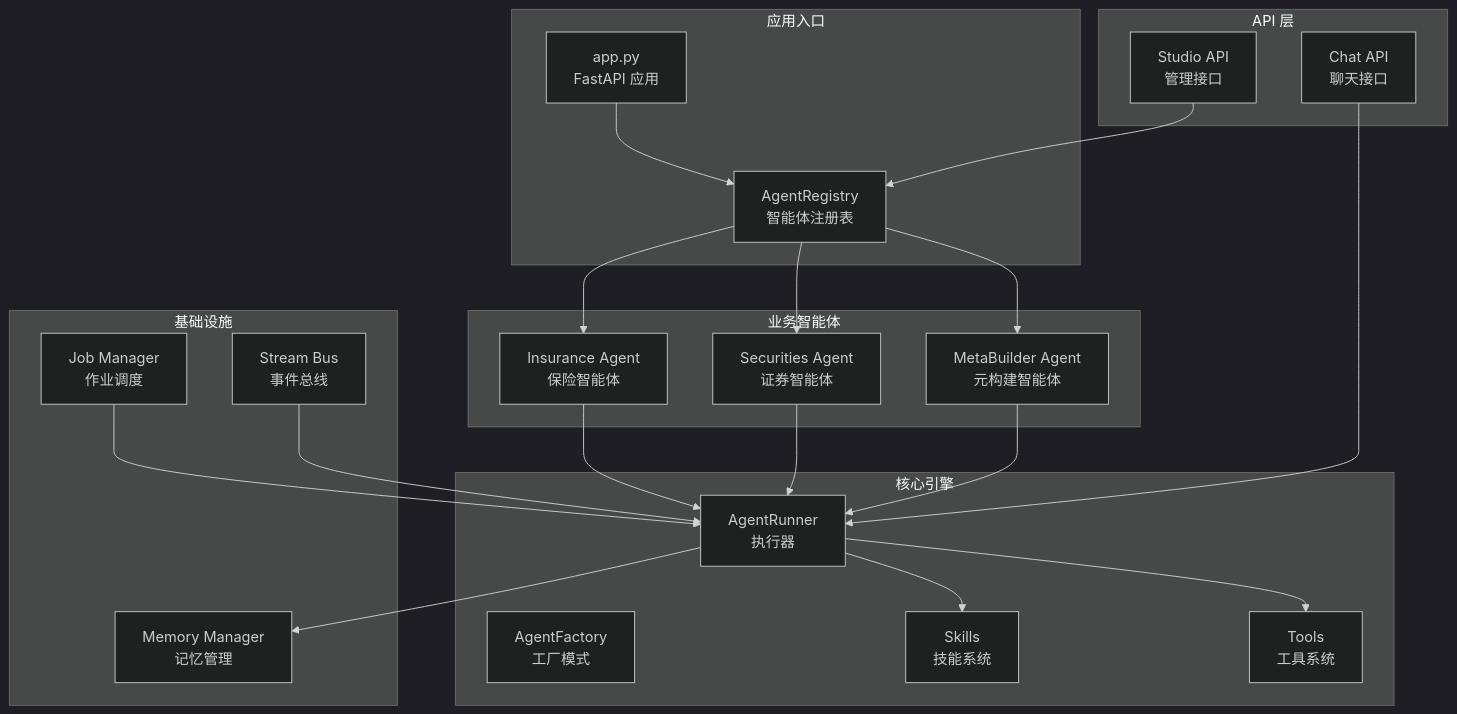
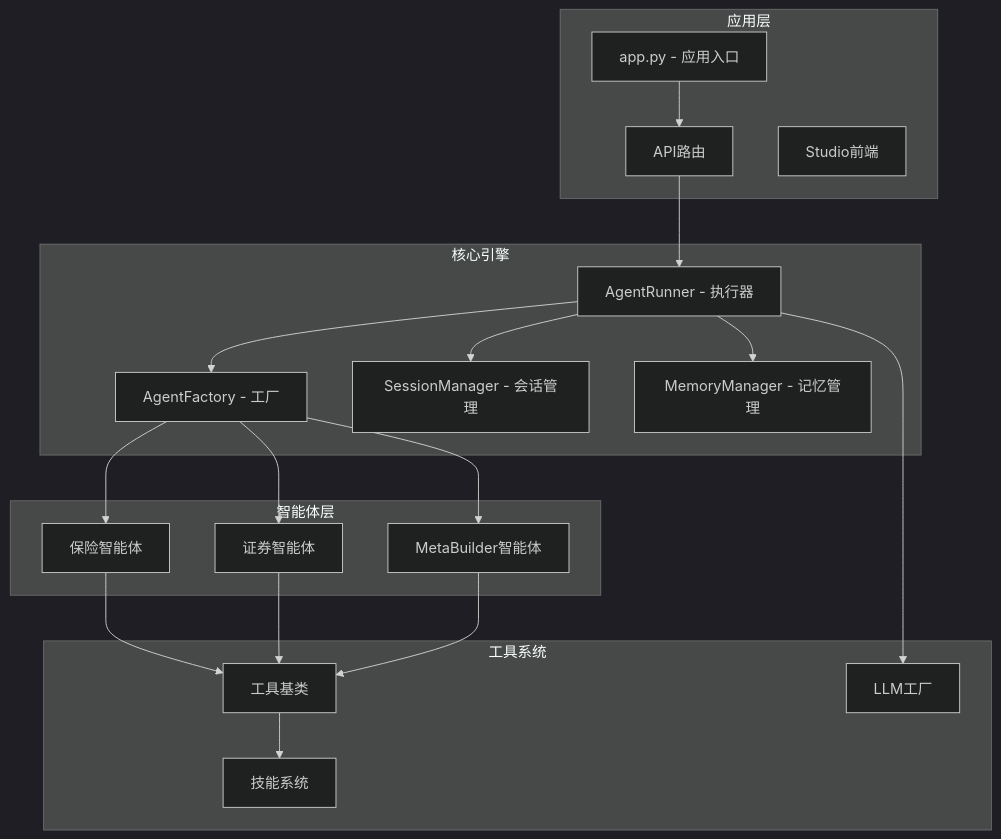
One commit to YU-JI-KUI/ark-agentic changed the first of 6 diagrams in repowiki/zh/content/核心框架/智能体工厂系统.md. Above: the diagram before and after it, drawn with Mermaid (dark theme). The commit also changed other lines of this file and 5 other files, not shown here.

````diff
--- a/repowiki/zh/content/核心框架/智能体工厂系统.md
+++ b/repowiki/zh/content/核心框架/智能体工厂系统.md
@@ -47,41 +43,37 @@
 ```mermaid
 graph TB
-subgraph "应用入口"
-APP[app.py<br/>FastAPI 应用]
-REG[AgentRegistry<br/>智能体注册表]
+subgraph "应用层"
+APP[app.py - 应用入口]
+API[API路由]
+STUDIO[Studio前端]
 end
 subgraph "核心引擎"
-RUNNER[AgentRunner<br/>执行器]
-FACTORY[AgentFactory<br/>工厂模式]
-SKILLS[Skills<br/>技能系统]
-TOOLS[Tools<br/>工具系统]
+RUNNER[AgentRunner - 执行器]
+FACTORY[AgentFactory - 工厂]
+SESSION[SessionManager - 会话管理]
+MEMORY[MemoryManager - 记忆管理]
 end
-subgraph "业务智能体"
-INSURANCE[Insurance Agent<br/>保险智能体]
-SECURITIES[Securities Agent<br/>证券智能体]
-META_BUILDER[MetaBuilder Agent<br/>元构建智能体]
+subgraph "智能体层"
+INSURANCE[保险智能体]
+SECURITIES[证券智能体]
+META_BUILDER[MetaBuilder智能体]
 end
-subgraph "API 层"
-CHAT_API[Chat API<br/>聊天接口]
-STUDIO_API[Studio API<br/>管理接口]
+subgraph "工具系统"
+TOOLS[工具基类]
+SKILLS[技能系统]
+LLM[LLM工厂]
 end
-subgraph "基础设施"
-MEMORY[Memory Manager<br/>记忆管理]
-JOBS[Job Manager<br/>作业调度]
-STREAM[Stream Bus<br/>事件总线]
-end
-APP --> REG
-REG --> INSURANCE
-REG --> SECURITIES
-REG --> META_BUILDER
-INSURANCE --> RUNNER
-SECURITIES --> RUNNER
-META_BUILDER --> RUNNER
-RUNNER --> SKILLS
-RUNNER --> TOOLS
+APP --> API
+API --> RUNNER
+RUNNER --> SESSION
 RUNNER --> MEMORY
-CHAT_API --> RUNNER
-STUDIO_API --> REG
-JOBS --> RUNNER
-STREAM --> RUNNER
+RUNNER --> FACTORY
+FACTORY --> INSURANCE
+FACTORY --> SECURITIES
+FACTORY --> META_BUILDER
+INSURANCE --> TOOLS
+SECURITIES --> TOOLS
+META_BUILDER --> TOOLS
+TOOLS --> SKILLS
+RUNNER --> LLM
 ```
````
